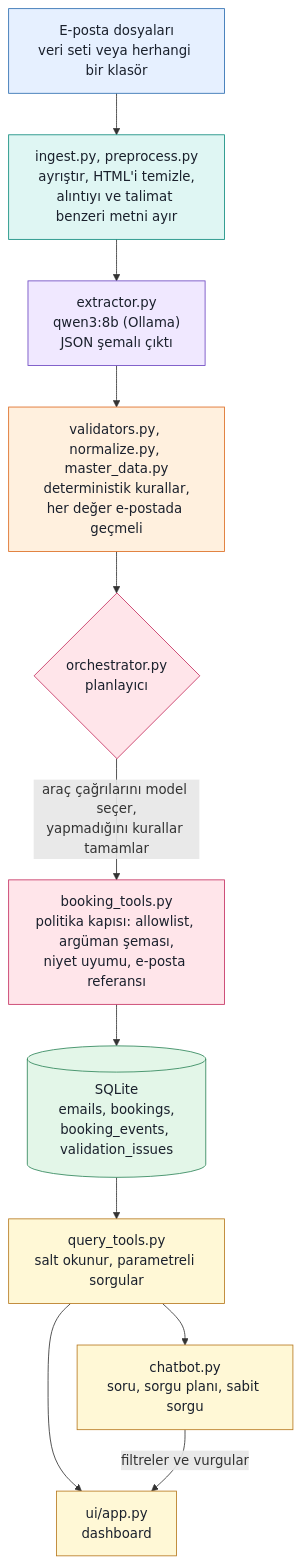
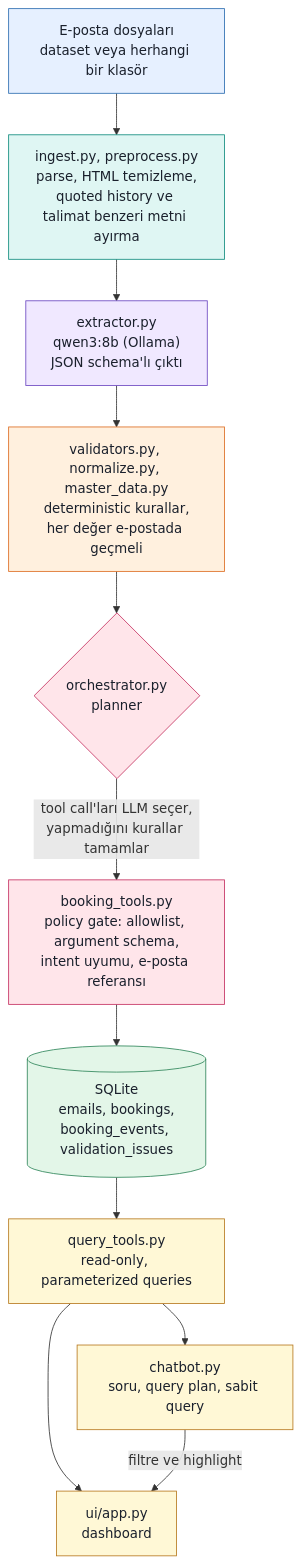
One commit to EgeKrts/ugr-ai-booking-assistant changed the diagram in README.md. Above: the diagram before and after it, drawn with Mermaid. The commit also changed other lines of this file and 2 other files, not shown here.

````diff
--- a/README.md
+++ b/README.md
@@ -72,28 +73,28 @@
 ```mermaid
 flowchart TD
     classDef girdi fill:#e6f0ff,stroke:#2b6cb0,color:#1a202c
     classDef temizlik fill:#dff6f3,stroke:#0f8b7d,color:#1a202c
     classDef yz fill:#f0e8ff,stroke:#6b46c1,color:#1a202c
     classDef dogrulama fill:#fff0de,stroke:#dd6b20,color:#1a202c
     classDef eylem fill:#ffe5ea,stroke:#c53060,color:#1a202c
     classDef kalicilik fill:#e3f6e8,stroke:#2f855a,color:#1a202c
     classDef sunum fill:#fff8d6,stroke:#b7791f,color:#1a202c
 
-    A["E-posta dosyaları<br/>veri seti veya herhangi bir klasör"]:::girdi
-    B["ingest.py, preprocess.py<br/>ayrıştır, HTML'i temizle,<br/>alıntıyı ve talimat benzeri metni ayır"]:::temizlik
-    C["extractor.py<br/>qwen3:8b (Ollama)<br/>JSON şemalı çıktı"]:::yz
-    D["validators.py, normalize.py, master_data.py<br/>deterministik kurallar,<br/>her değer e-postada geçmeli"]:::dogrulama
-    E{"orchestrator.py<br/>planlayıcı"}:::eylem
-    F["booking_tools.py<br/>politika kapısı: allowlist, argüman şeması,<br/>niyet uyumu, e-posta referansı"]:::eylem
+    A["E-posta dosyaları<br/>dataset veya herhangi bir klasör"]:::girdi
+    B["ingest.py, preprocess.py<br/>parse, HTML temizleme,<br/>quoted history ve talimat benzeri metni ayırma"]:::temizlik
+    C["extractor.py<br/>qwen3:8b (Ollama)<br/>JSON schema'lı çıktı"]:::yz
+    D["validators.py, normalize.py, master_data.py<br/>deterministic kurallar,<br/>her değer e-postada geçmeli"]:::dogrulama
+    E{"orchestrator.py<br/>planner"}:::eylem
+    F["booking_tools.py<br/>policy gate: allowlist, argument schema,<br/>intent uyumu, e-posta referansı"]:::eylem
     G[("SQLite<br/>emails, bookings,<br/>booking_events, validation_issues")]:::kalicilik
-    H["query_tools.py<br/>salt okunur, parametreli sorgular"]:::sunum
+    H["query_tools.py<br/>read-only, parameterized queries"]:::sunum
     I["ui/app.py<br/>dashboard"]:::sunum
-    J["chatbot.py<br/>soru, sorgu planı, sabit sorgu"]:::sunum
+    J["chatbot.py<br/>soru, query plan, sabit query"]:::sunum
 
     A --> B --> C --> D --> E
-    E -->|"araç çağrılarını model seçer,<br/>yapmadığını kurallar tamamlar"| F
+    E -->|"tool call'ları LLM seçer,<br/>yapmadığını kurallar tamamlar"| F
     F --> G --> H
     H --> I
     H --> J
-    J -->|"filtreler ve vurgular"| I
+    J -->|"filtre ve highlight"| I
 ```
````
